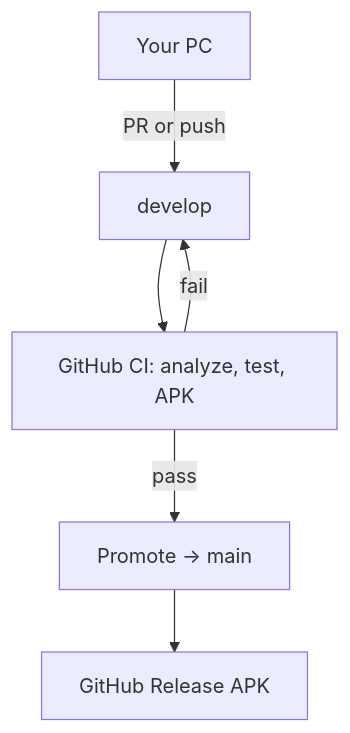
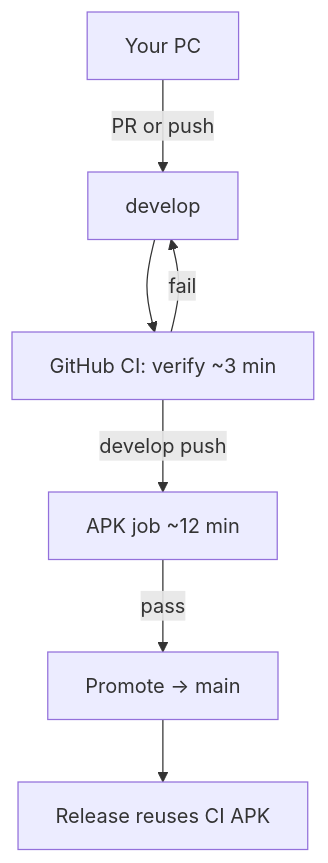
The diagram in docs/DEVELOPMENT_WORKFLOW.md (Immabe96/Vertiege), drawn with Mermaid before and after one commit. The commit also changed other lines of this file and 3 other files, not shown here.

First line of the commit message:
ci: split verify from APK build; reuse CI artifact on release

````diff
--- a/docs/DEVELOPMENT_WORKFLOW.md
+++ b/docs/DEVELOPMENT_WORKFLOW.md
@@ -13,8 +13,9 @@
 ```mermaid
 flowchart TD
   A[Your PC] -->|PR or push| B[develop]
-  B --> C[GitHub CI: analyze, test, APK]
-  C -->|pass| D[Promote → main]
-  D --> E[GitHub Release APK]
+  B --> C[GitHub CI: verify ~3 min]
+  C -->|develop push| F[APK job ~12 min]
+  F -->|pass| D[Promote → main]
+  D --> E[Release reuses CI APK]
   C -->|fail| B
 ```
````
